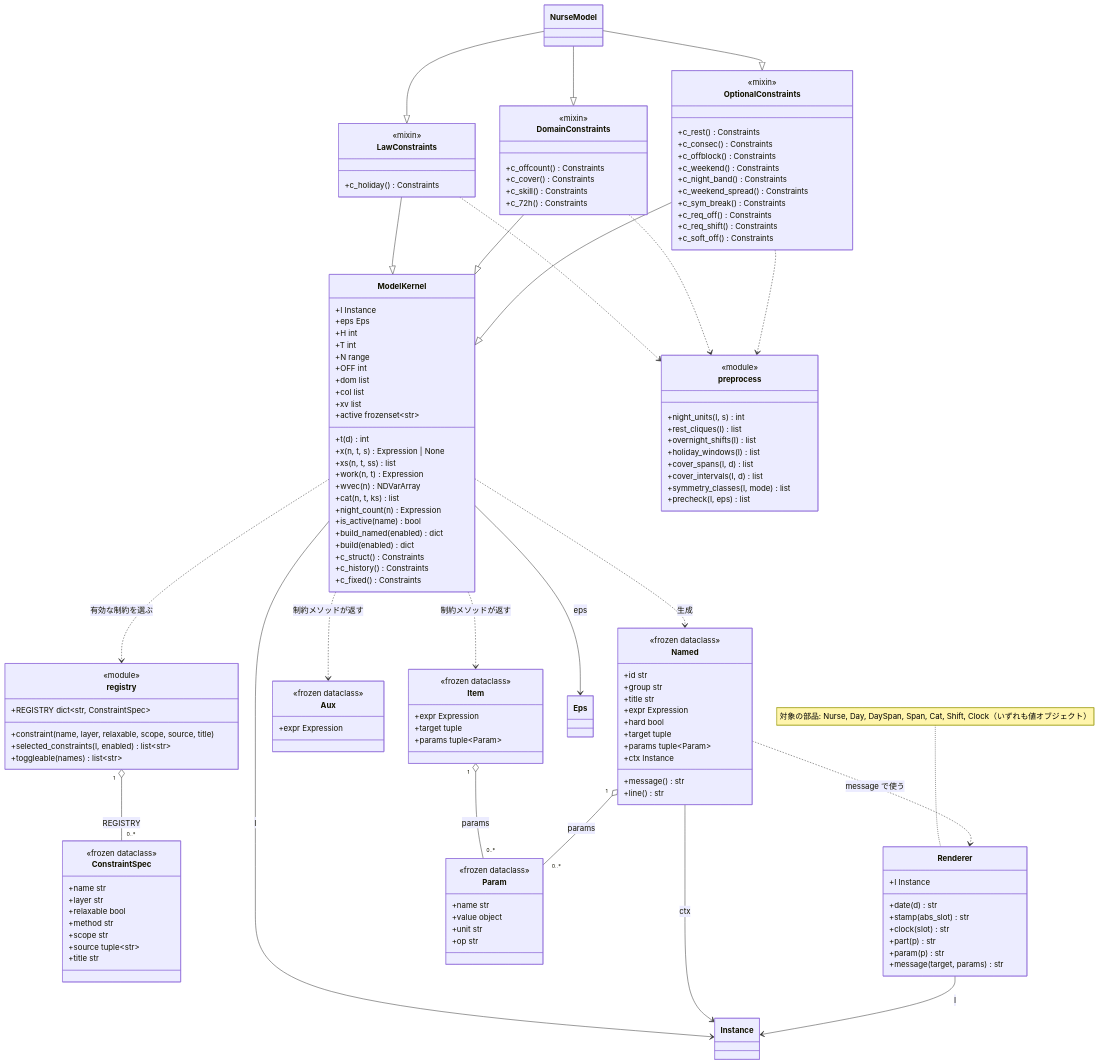
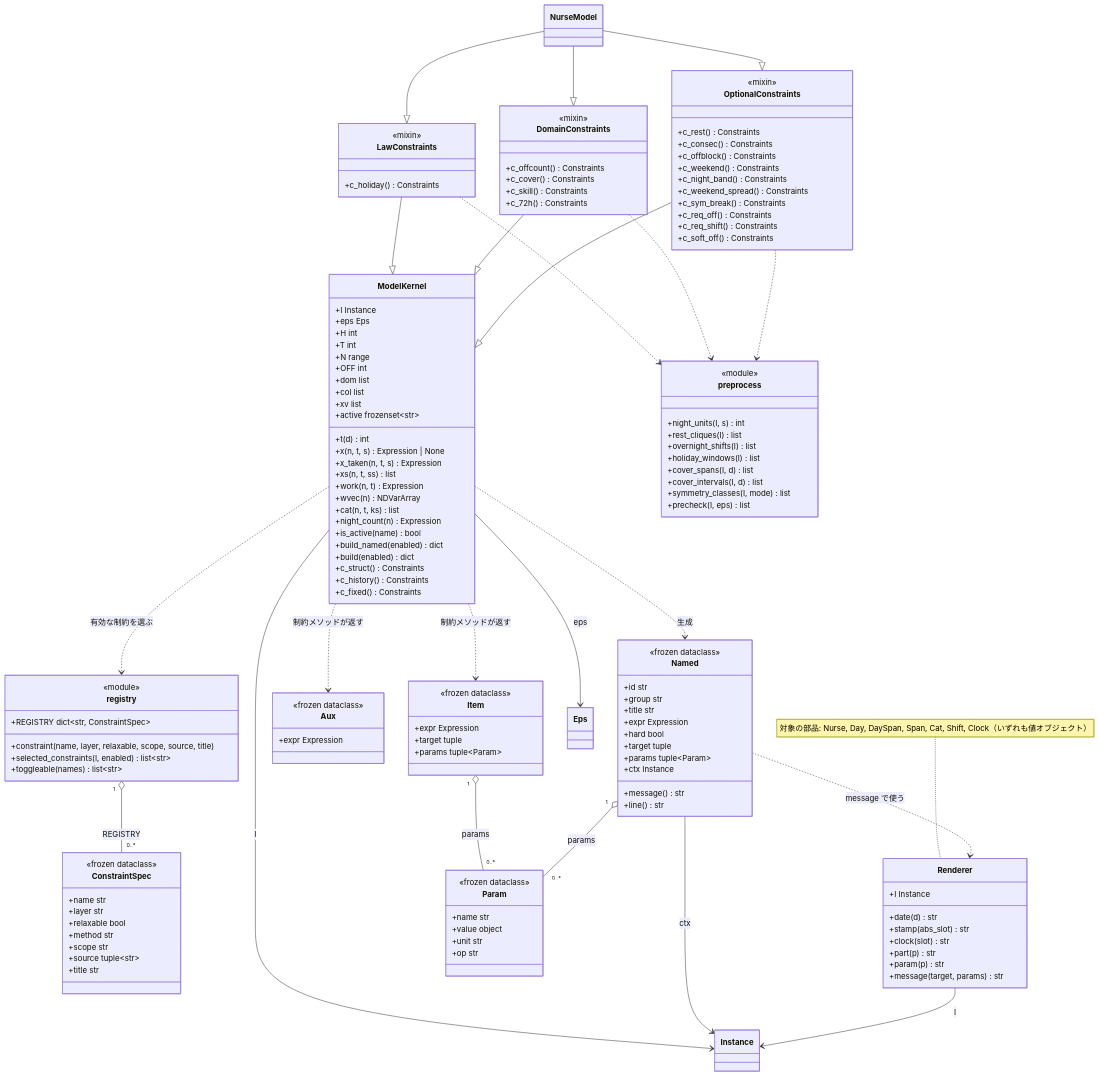
Before and after one commit to Axtsukun/nurse-scheduling: the third of 5 diagrams in docs/design/class-diagram.md, drawn with Mermaid. The commit also changed 5 other files, not shown here.

```diff
--- a/docs/design/class-diagram.md
+++ b/docs/design/class-diagram.md
@@ -232,6 +232,7 @@
         +active frozenset~str~
         +t(d) int
         +x(n, t, s) Expression | None
+        +x_taken(n, t, s) Expression
         +xs(n, t, ss) list
         +work(n, t) Expression
         +wvec(n) NDVarArray
```
